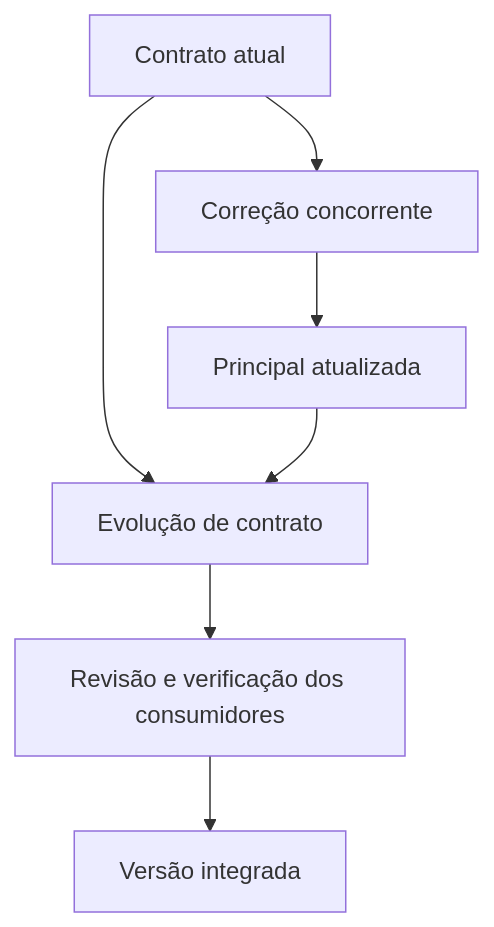
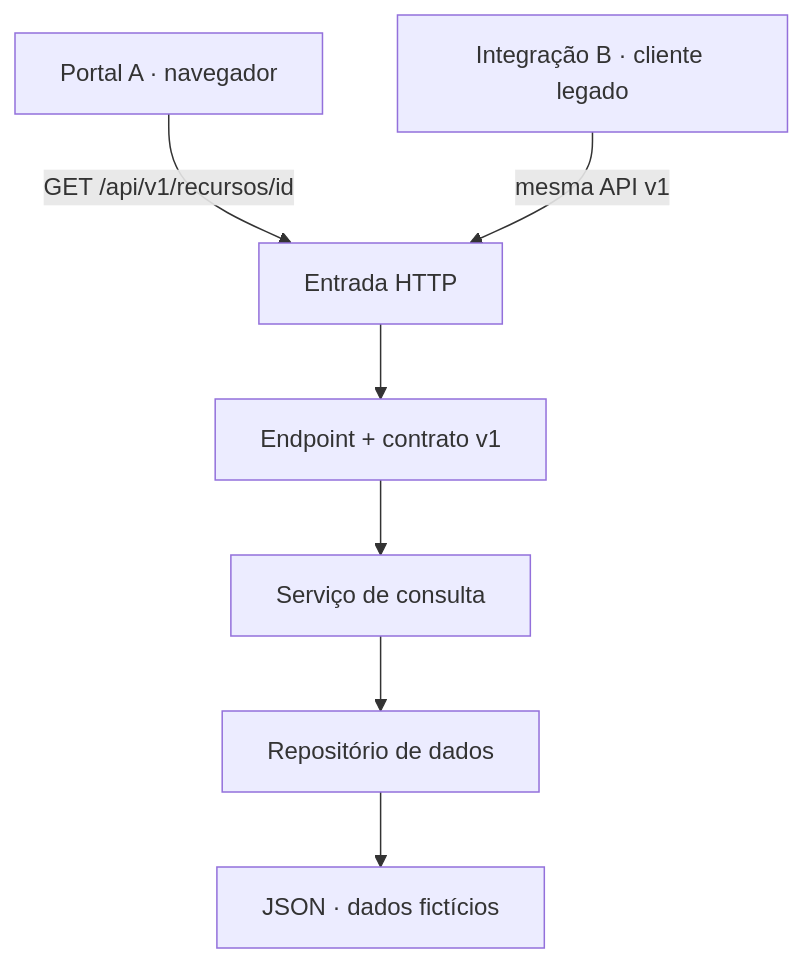
Before and after one commit to MEduardaDantas/jardim-plataforma: the diagram in content/laboratorios/01-entrega-compativel.md, drawn with Mermaid. The commit also changed other lines of this file, not shown here.

Commit message:
fix: atualiza documentação para refletir mudanças no contrato da API sem interromper consumidores existentes

````diff
--- a/content/laboratorios/01-entrega-compativel.md
+++ b/content/laboratorios/01-entrega-compativel.md
@@ -43,9 +70,9 @@
 ```mermaid
 flowchart TD
- A["Contrato atual"] --> B["Evolução de contrato"]
- A --> C["Correção concorrente"]
- C --> D["Principal atualizada"]
- D --> B
- B --> E["Revisão e verificação dos consumidores"]
- E --> F["Versão integrada"]
+  A["Portal A · navegador"] -->|"GET /api/v1/recursos/id"| H["Entrada HTTP"]
+  B["Integração B · cliente legado"] -->|"mesma API v1"| H
+  H --> E["Endpoint + contrato v1"]
+  E --> S["Serviço de consulta"]
+  S --> R["Repositório de dados"]
+  R --> D["JSON · dados fictícios"]
 ```
````
